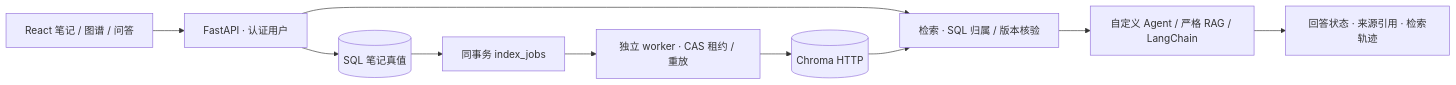
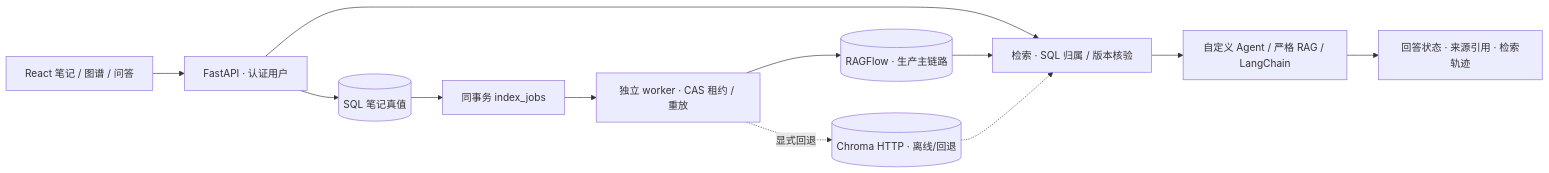
One commit to happiness-cheng/knowledge-base changed the diagram in README.md. Above: the diagram before and after it, drawn with Mermaid. The commit also changed other lines of this file and 10 other files, not shown here.

````diff
--- a/README.md
+++ b/README.md
@@ -24,12 +24,14 @@
 ```mermaid
 flowchart LR
     UI[React 笔记 / 图谱 / 问答] --> API[FastAPI · 认证用户]
     API --> SQL[(SQL 笔记真值)]
     SQL --> JOB[同事务 index_jobs]
     JOB --> WORKER[独立 worker · CAS 租约 / 重放]
-    WORKER --> STORE[(Chroma HTTP)]
+    WORKER --> STORE[(RAGFlow · 生产主链路)]
+    WORKER -. 显式回退 .-> CHROMA[(Chroma HTTP · 离线/回退)]
     API --> RETRIEVE[检索 · SQL 归属 / 版本核验]
     STORE --> RETRIEVE
+    CHROMA -.-> RETRIEVE
     RETRIEVE --> ANSWER[自定义 Agent / 严格 RAG / LangChain]
     ANSWER --> SOURCES[回答状态 · 来源引用 · 检索轨迹]
 ```
````
